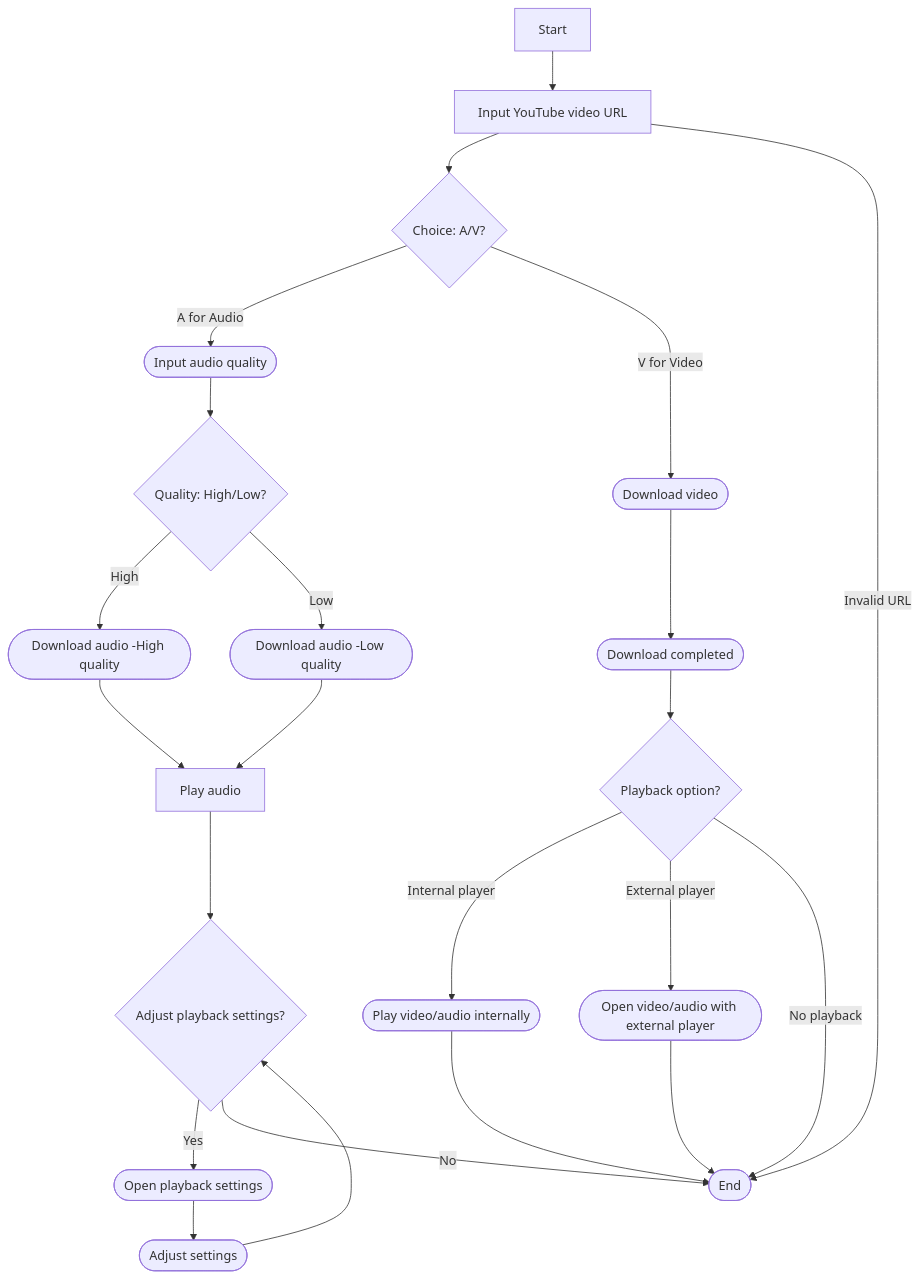
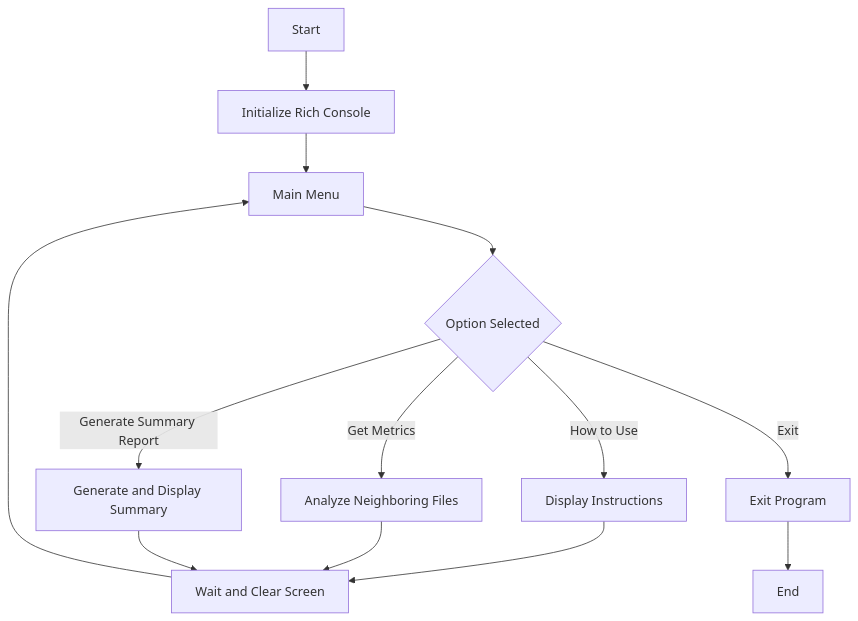
One commit to ECU-SENG4235/course-project-group-1 changed the diagram in README.md. Above: the diagram before and after it, drawn with Mermaid.

Commit message:
formatting mermaid

````diff
--- a/README.md
+++ b/README.md
@@ -21,25 +21,15 @@
 ```mermaid
 flowchart TD;
-    A[Start] --> B[Input YouTube video URL]
-    B --> C{Choice: A/V?}
-    C -->|A for Audio| D([Input audio quality])
-    C -->|V for Video| E([Download video])
-    D --> F{Quality: High/Low?}
-    F -->|High| G([Download audio -High quality])
-    F -->|Low| H([Download audio -Low quality])
-    G --> J[Play audio]
-    H --> J
-    E --> I([Download completed])
-    I --> K{Playback option?}
-    K -->|Internal player| L([Play video/audio internally])
-    K -->|External player| M([Open video/audio with external player])
-    K -->|No playback| N[End]
-    J --> O{Adjust playback settings?}
-    O -->|Yes| P([Open playback settings])
-    O -->|No| N
-    P --> Q([Adjust settings])
-    Q --> O
-    B -->|Invalid URL| N([End])
-    L --> N
-    M --> N
+    A[Start] --> B[Initialize Rich Console]
+    B --> C[Main Menu]
+    C --> D{Option Selected}
+    D -->|How to Use| E[Display Instructions]
+    D -->|Get Metrics| F[Analyze Neighboring Files]
+    D -->|Generate Summary Report| G[Generate and Display Summary]
+    D -->|Exit| H[Exit Program]
+    E --> I[Wait and Clear Screen] --> C
+    F --> I
+    G --> I
+    H --> J[End]
+
 ```
````
